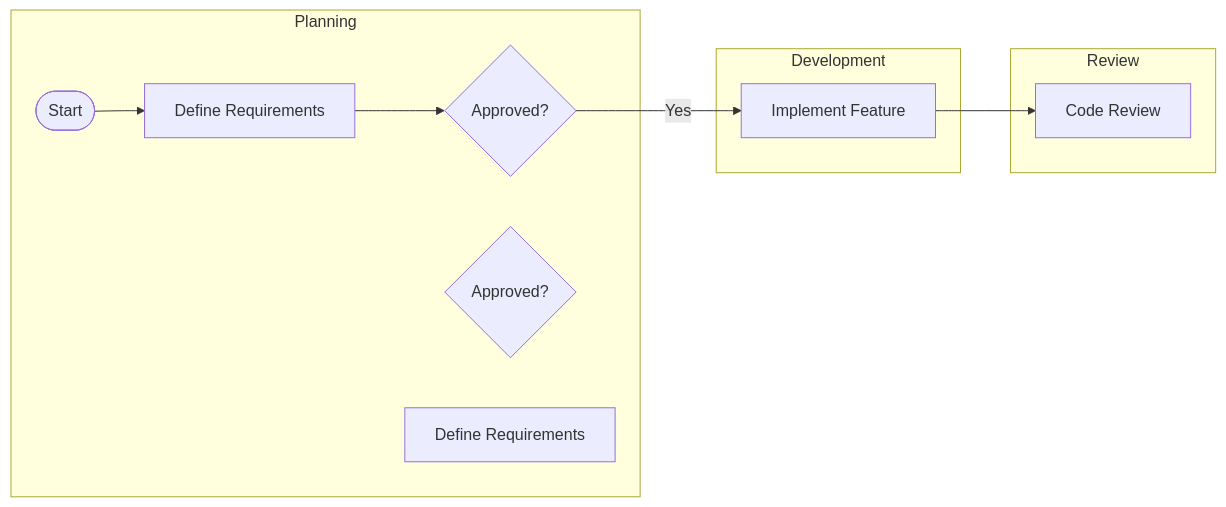
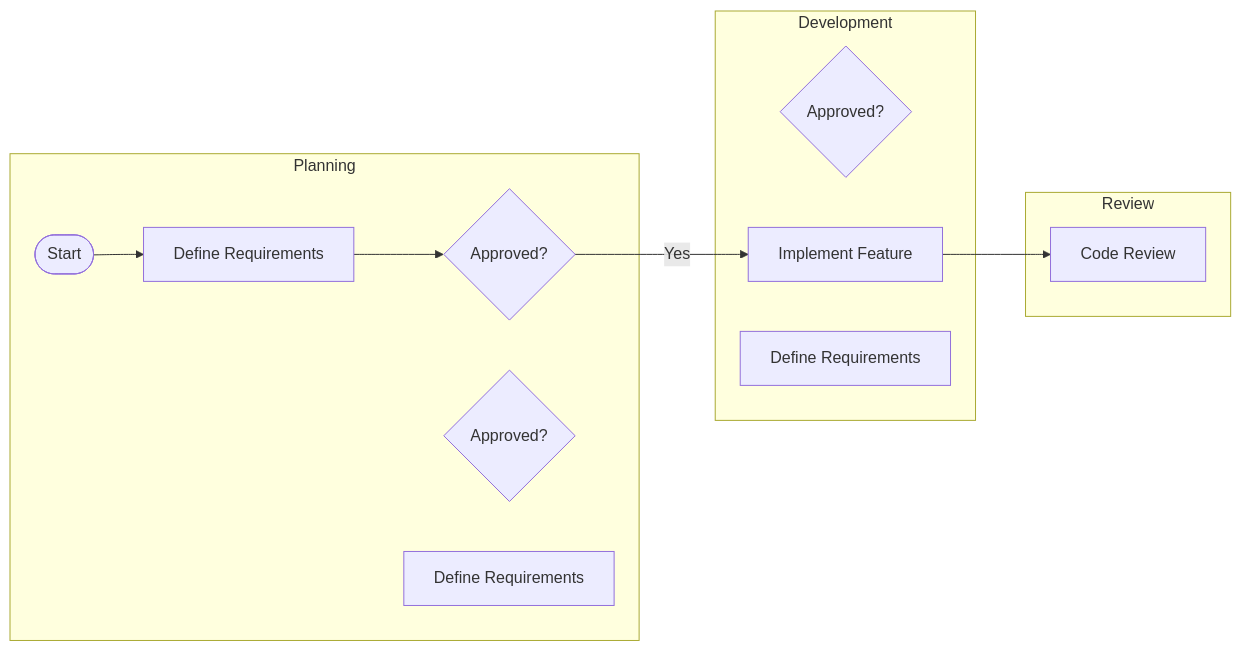
The diagram in notes/12_c34ecea0-ec0a-4533-a132-f3f4c3238980.md (pingpm/mermaid_vault), drawn with Mermaid before and after one commit. The commit also changed 3 other files, not shown here.

Commit message:
Sync Mermaid Studio data (27 diagrams)

````diff
--- a/notes/12_c34ecea0-ec0a-4533-a132-f3f4c3238980.md
+++ b/notes/12_c34ecea0-ec0a-4533-a132-f3f4c3238980.md
@@ -3,21 +3,23 @@
 ```mermaid
 flowchart LR
   subgraph lane_0["Planning"]
     t_0{"Approved?"}
     t_1(["Start"])
     t_2["Define Requirements"]
     t_3{"Approved?"}
     t_4["Define Requirements"]
   end
   subgraph lane_1["Development"]
-    t_5["Implement Feature"]
+    t_5{"Approved?"}
+    t_6["Implement Feature"]
+    t_7["Define Requirements"]
   end
   subgraph lane_2["Review"]
-    t_6["Code Review"]
+    t_8["Code Review"]
   end
   t_1 --> t_2
   t_2 --> t_0
-  t_0 -->|"Yes"| t_5
-  t_5 --> t_6
+  t_0 -->|"Yes"| t_6
+  t_6 --> t_8
 
 ```
````
